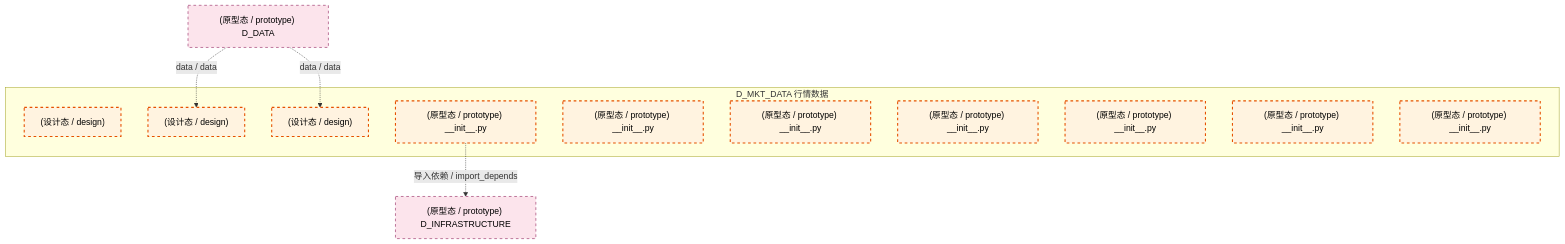
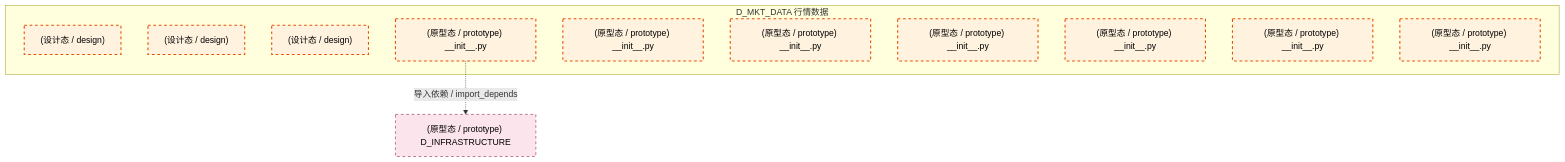
Before and after one commit to xuanFelixVan/ZephyrAlpha: the first of 4 diagrams in docs/02_enterprise_architecture/02_domain_architecture_docs/18_d_mkt_data.md, drawn with Mermaid. The commit also changed other lines of this file and 122 other files, not shown here.

````diff
--- a/docs/02_enterprise_architecture/02_domain_architecture_docs/18_d_mkt_data.md
+++ b/docs/02_enterprise_architecture/02_domain_architecture_docs/18_d_mkt_data.md
@@ -73,26 +73,23 @@
 ```mermaid
 graph TD
     subgraph D_MKT_DATA["D_MKT_DATA 行情数据"]
         docs_03_modules_cross_layer_database_sub_blueprints_c1_market_clickhouse_md["(设计态 / design) "]
         docs_03_modules_domain_data_data_acquisition_plan_md["(设计态 / design) "]
         docs_03_modules_domain_data_data_source_operation_manual_md["(设计态 / design) "]
         src_zephyr_market_data_init_py["(原型态 / prototype) __init__.py"]
         src_zephyr_market_data_extensions_init_py["(原型态 / prototype) __init__.py"]
         src_zephyr_market_data_api_init_py["(原型态 / prototype) __init__.py"]
         src_zephyr_market_data_core_init_py["(原型态 / prototype) __init__.py"]
         src_zephyr_market_data_infrastructure_init_py["(原型态 / prototype) __init__.py"]
         src_zephyr_market_data_models_init_py["(原型态 / prototype) __init__.py"]
         src_zephyr_market_data_services_init_py["(原型态 / prototype) __init__.py"]
     end
     D_INFRASTRUCTURE["(原型态 / prototype) D_INFRASTRUCTURE"]
     src_zephyr_market_data_init_py -.->|导入依赖 / import_depends| D_INFRASTRUCTURE
-    D_DATA["(原型态 / prototype) D_DATA"]
-    D_DATA -.->|data / data| docs_03_modules_domain_data_data_source_operation_manual_md
-    D_DATA -.->|data / data| docs_03_modules_domain_data_data_acquisition_plan_md
     classDef production fill:#e1f5fe,stroke:#01579b,stroke-width:2px,color:#000
     classDef design fill:#fff3e0,stroke:#e65100,stroke-width:2px,color:#000,stroke-dasharray: 5 5
     classDef external_prod fill:#e8f5e9,stroke:#1b5e20,stroke-width:1px,color:#000
     classDef external_design fill:#fce4ec,stroke:#880e4f,stroke-width:1px,color:#000,stroke-dasharray: 5 5
     class docs_03_modules_cross_layer_database_sub_blueprints_c1_market_clickhouse_md,docs_03_modules_domain_data_data_acquisition_plan_md,docs_03_modules_domain_data_data_source_operation_manual_md,src_zephyr_market_data_init_py,src_zephyr_market_data_extensions_init_py,src_zephyr_market_data_api_init_py,src_zephyr_market_data_core_init_py,src_zephyr_market_data_infrastructure_init_py,src_zephyr_market_data_models_init_py,src_zephyr_market_data_services_init_py design
-    class D_INFRASTRUCTURE,D_DATA external_design
+    class D_INFRASTRUCTURE external_design
 ```
````
